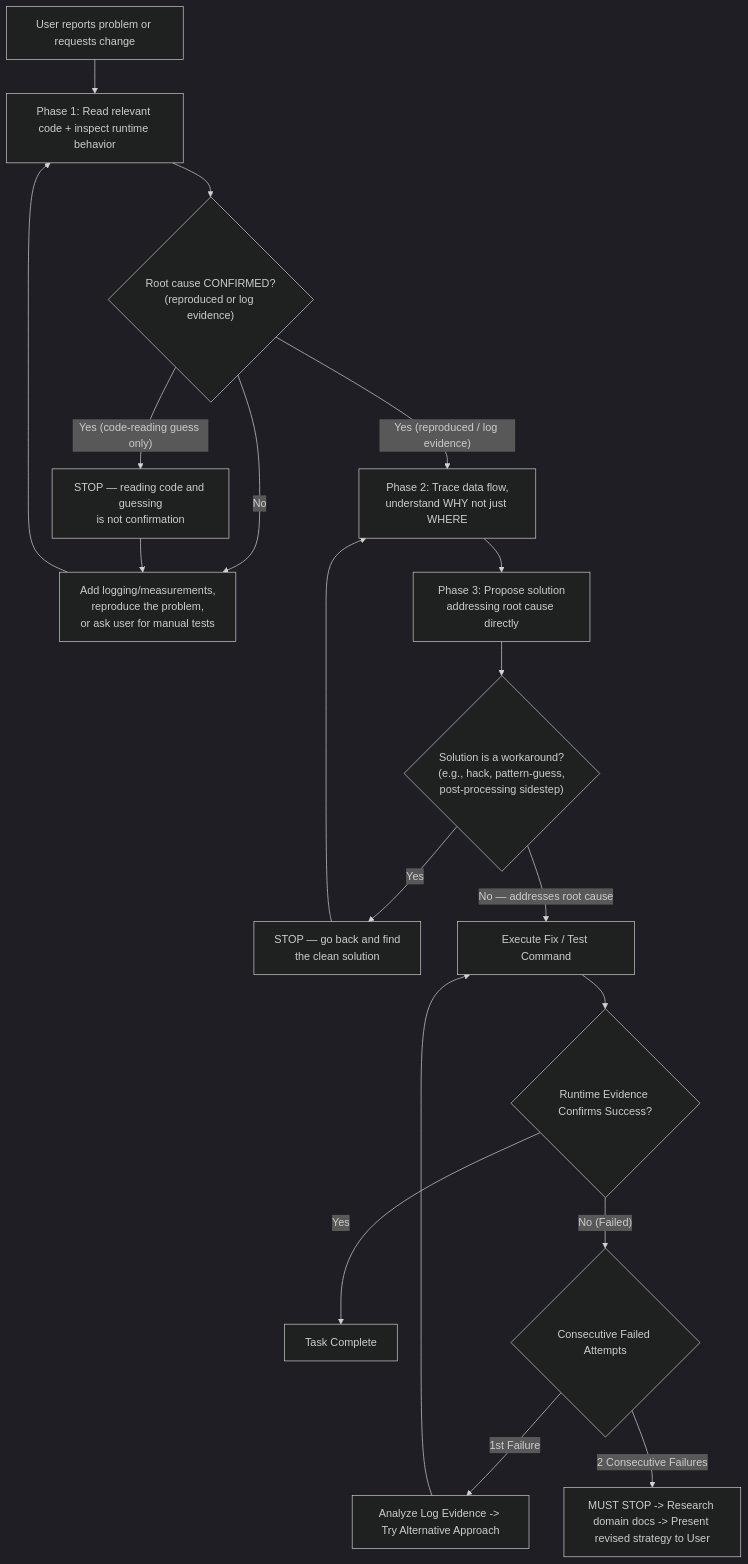
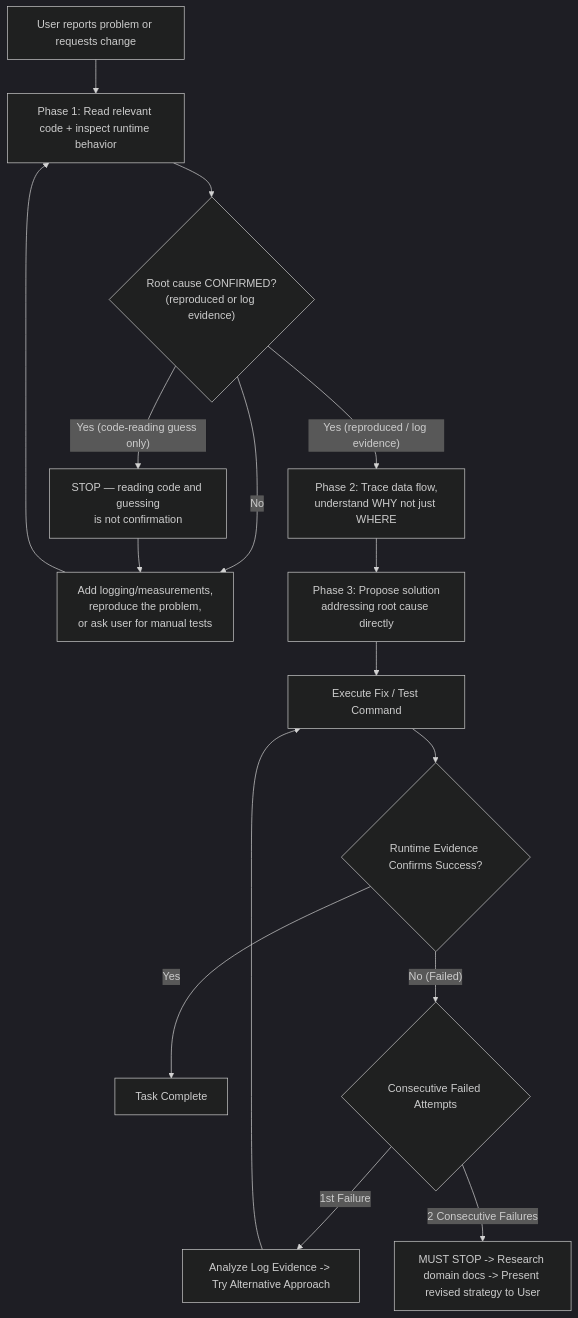
Before and after one commit to loerei/myskills: the eighth of 9 diagrams in AGENTS.md, drawn with Mermaid (dark theme). The commit also changed 1 other file, not shown here.

Commit message:
docs(policy): streamline Section 5 Mermaid flowchart by removing workaround node

````diff
--- a/AGENTS.md
+++ b/AGENTS.md
@@ -255,21 +255,18 @@
 ```mermaid
 flowchart TD
     Trigger["User reports problem or requests change"] --> Phase1["Phase 1: Read relevant code + inspect runtime behavior"]
     Phase1 --> Confirmed{"Root cause CONFIRMED?<br/>(reproduced or log evidence)"}
     Confirmed -->|"No"| Instrument["Add logging/measurements,<br/>reproduce the problem,<br/>or ask user for manual tests"]
     Instrument --> Phase1
     Confirmed -->|"Yes (code-reading guess only)"| Block["STOP — reading code and guessing<br/>is not confirmation"]
     Block --> Instrument
     Confirmed -->|"Yes (reproduced / log evidence)"| Phase2["Phase 2: Trace data flow,<br/>understand WHY not just WHERE"]
     Phase2 --> Phase3["Phase 3: Propose solution<br/>addressing root cause directly"]
-    Phase3 --> HackCheck{"Solution is a workaround?<br/>(e.g., hack, pattern-guess,<br/>post-processing sidestep)"}
-    HackCheck -->|"Yes"| BackToPhase2["STOP — go back and find<br/>the clean solution"]
-    BackToPhase2 --> Phase2
-    HackCheck -->|"No — addresses root cause"| ExecAttempt["Execute Fix / Test Command"]
+    Phase3 --> ExecAttempt["Execute Fix / Test Command"]
     ExecAttempt --> CheckEvidence{"Runtime Evidence Confirms Success?"}
     CheckEvidence -->|"Yes"| Pass["Task Complete"]
     CheckEvidence -->|"No (Failed)"| CountCheck{"Consecutive Failed Attempts"}
     CountCheck -->|"1st Failure"| AnalyzeLog["Analyze Log Evidence -> Try Alternative Approach"]
     AnalyzeLog --> ExecAttempt
     CountCheck -->|"2 Consecutive Failures"| MustStop["MUST STOP -> Research domain docs -> Present revised strategy to User"]
 ```
````
